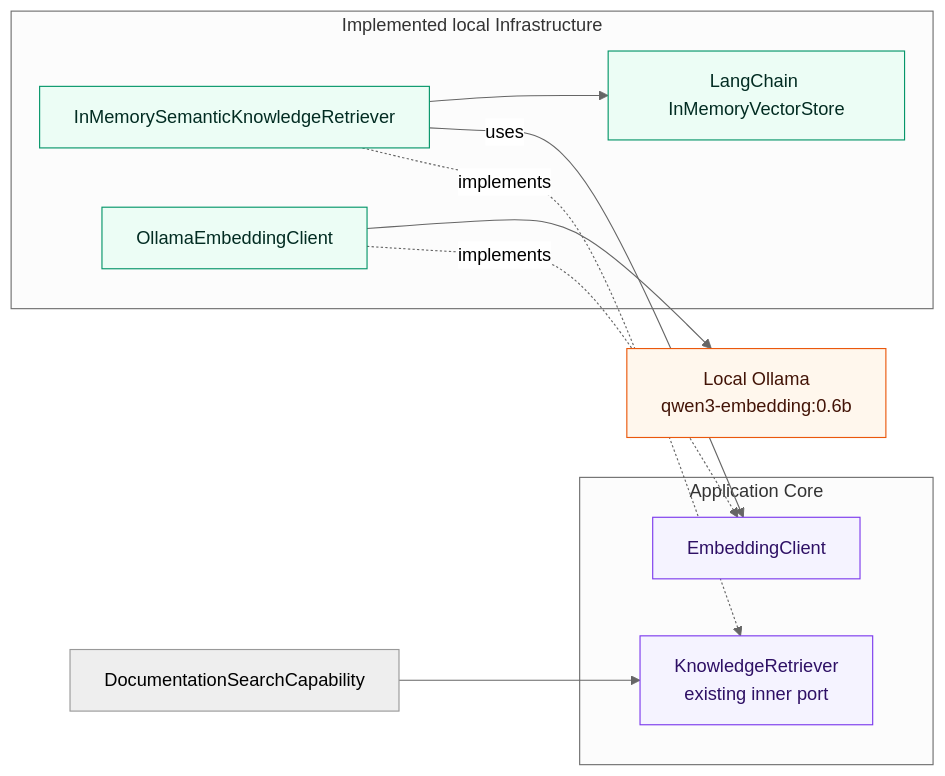
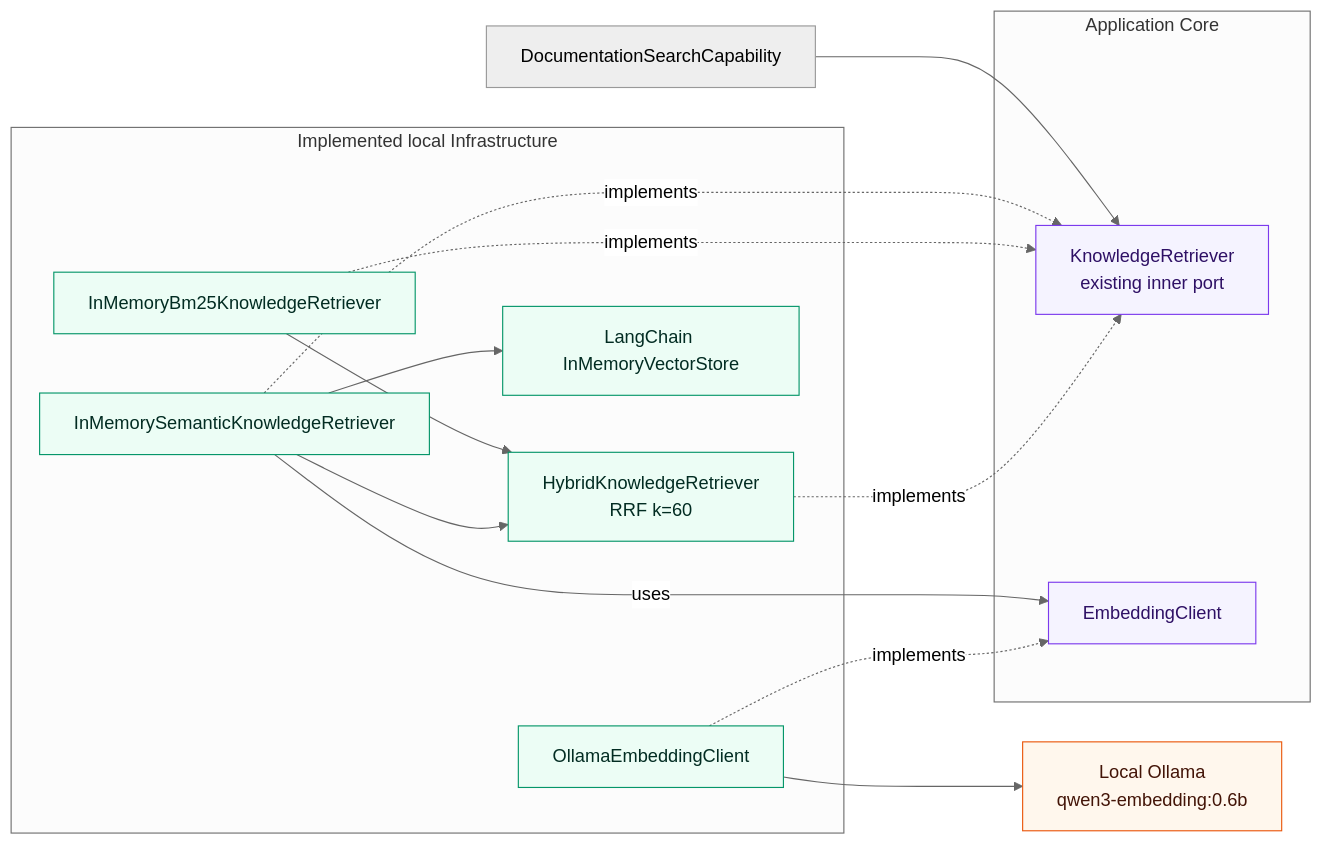
The tenth of 11 diagrams in docs/architecture/overview.md (aboerzel/industrial-ai-agent), drawn with Mermaid (neutral theme) before and after one commit. The commit also changed other lines of this file and 8 other files, not shown here.

````diff
--- a/docs/architecture/overview.md
+++ b/docs/architecture/overview.md
@@ -570,28 +583,34 @@
 ```mermaid
 flowchart LR
     Capability["DocumentationSearchCapability"] --> KnowledgePort["KnowledgeRetriever<br/>existing inner port"]
 
     subgraph Core["Application Core"]
         KnowledgePort
         EmbeddingPort["EmbeddingClient"]
     end
 
     subgraph Infrastructure["Implemented local Infrastructure"]
+        Bm25["InMemoryBm25KnowledgeRetriever"]
         Semantic["InMemorySemanticKnowledgeRetriever"]
+        Hybrid["HybridKnowledgeRetriever<br/>RRF k=60"]
         Adapter["OllamaEmbeddingClient"]
         Index["LangChain InMemoryVectorStore"]
     end
 
     Semantic -.->|"implements"| KnowledgePort
+    Bm25 -.->|"implements"| KnowledgePort
+    Hybrid -.->|"implements"| KnowledgePort
     Semantic -->|"uses"| EmbeddingPort
     Adapter -.->|"implements"| EmbeddingPort
     Semantic --> Index
+    Bm25 --> Hybrid
+    Semantic --> Hybrid
     Adapter --> Model["Local Ollama<br/>qwen3-embedding:0.6b"]
 
     classDef core fill:#f5f3ff,stroke:#7c3aed,color:#2e1065
     classDef adapter fill:#ecfdf5,stroke:#059669,color:#022c22
     classDef external fill:#fff7ed,stroke:#ea580c,color:#431407
     class KnowledgePort,EmbeddingPort core
-    class Semantic,Adapter,Index adapter
+    class Bm25,Semantic,Hybrid,Adapter,Index adapter
     class Model external
 ```
````
